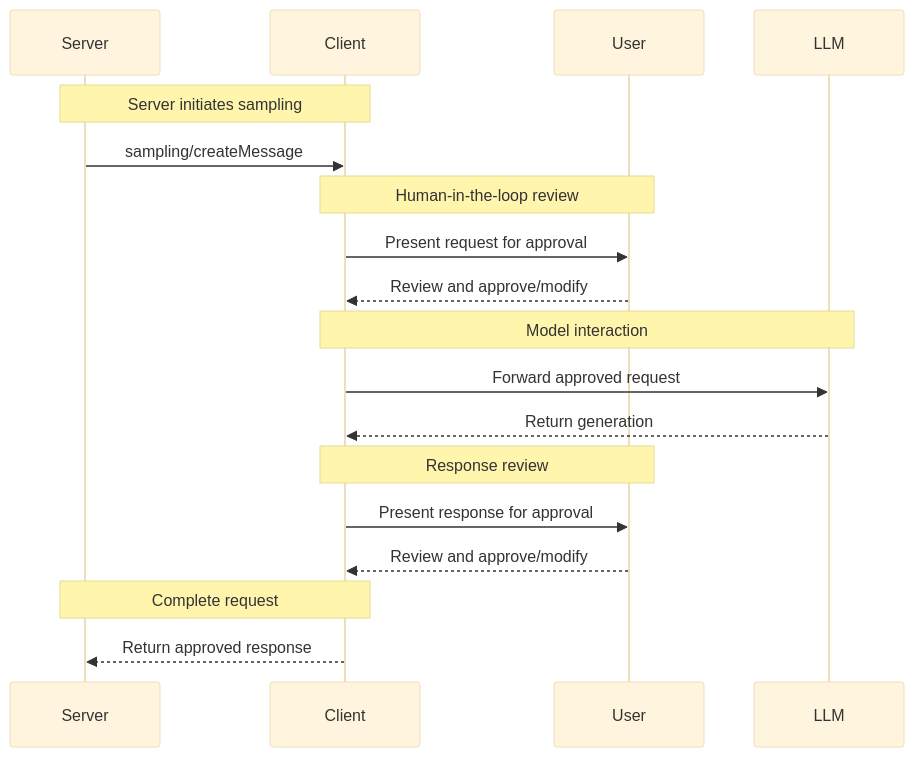
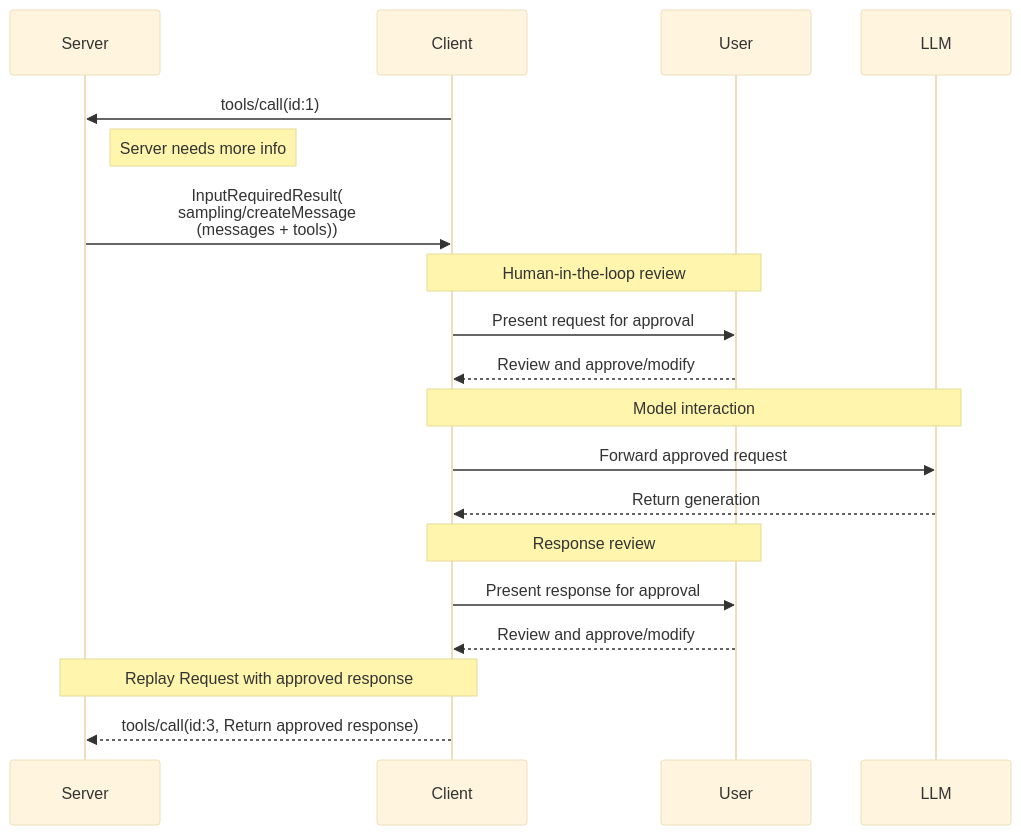
One commit to maguroid/skills changed the second of 2 diagrams in mcp-typescript/references/repos/modelcontextprotocol/docs/specification/draft/client/sampling.mdx. Above: the diagram before and after it, drawn with Mermaid (base theme). The commit also changed other lines of this file and 2208 other files, not shown here.

````diff
--- a/mcp-typescript/references/repos/modelcontextprotocol/docs/specification/draft/client/sampling.mdx
+++ b/mcp-typescript/references/repos/modelcontextprotocol/docs/specification/draft/client/sampling.mdx
@@ -486,25 +492,26 @@
 ```mermaid
 sequenceDiagram
     participant Server
     participant Client
     participant User
     participant LLM
 
-    Note over Server,Client: Server initiates sampling
-    Server->>Client: sampling/createMessage
+    Client->>Server: tools/call(id:1)
+    note right of Server: Server needs more info
+    Server->>Client: InputRequiredResult(<br/>sampling/createMessage<br/>(messages + tools))
 
     Note over Client,User: Human-in-the-loop review
     Client->>User: Present request for approval
     User-->>Client: Review and approve/modify
 
     Note over Client,LLM: Model interaction
     Client->>LLM: Forward approved request
     LLM-->>Client: Return generation
 
     Note over Client,User: Response review
     Client->>User: Present response for approval
     User-->>Client: Review and approve/modify
 
-    Note over Server,Client: Complete request
-    Client-->>Server: Return approved response
+    Note over Server,Client: Replay Request with approved response
+    Client-->>Server: tools/call(id:3, Return approved response)
 ```
````
